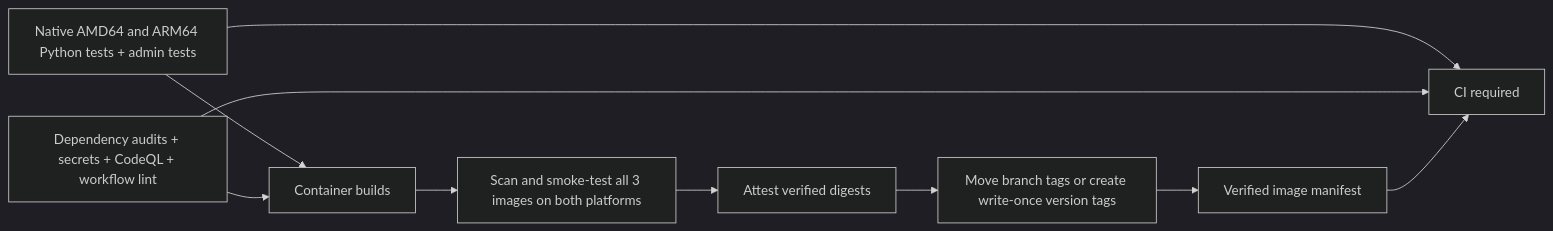
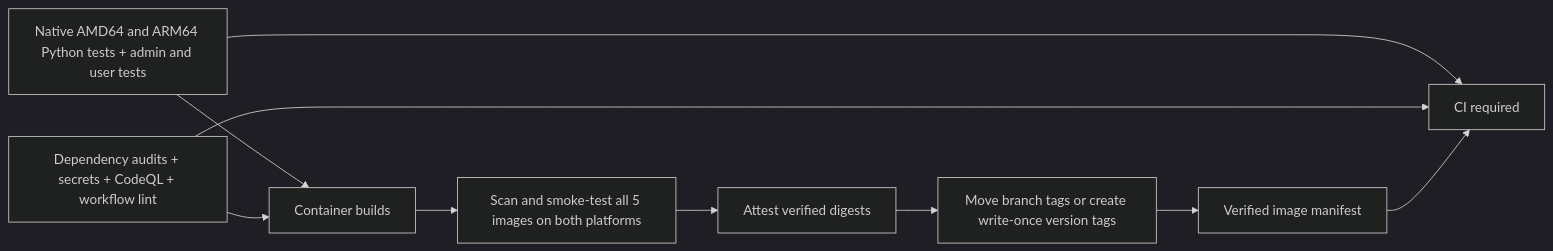
The diagram in docs/ci.md (abhi1693/devfeed.tech), drawn with Mermaid (dark theme) before and after one commit. The commit also changed other lines of this file and 138 other files, not shown here.

````diff
--- a/docs/ci.md
+++ b/docs/ci.md
@@ -7,12 +7,12 @@
 ```mermaid
 flowchart LR
-  T[Native AMD64 and ARM64 Python tests + admin tests] --> B[Container builds]
+  T[Native AMD64 and ARM64 Python tests + admin and user tests] --> B[Container builds]
   S[Dependency audits + secrets + CodeQL + workflow lint] --> B
-  B --> V[Scan and smoke-test all 3 images on both platforms]
+  B --> V[Scan and smoke-test all 5 images on both platforms]
   V --> A[Attest verified digests]
   A --> P[Move branch tags or create write-once version tags]
   P --> M[Verified image manifest]
   T --> R[CI required]
   S --> R
   M --> R
 ```
````
